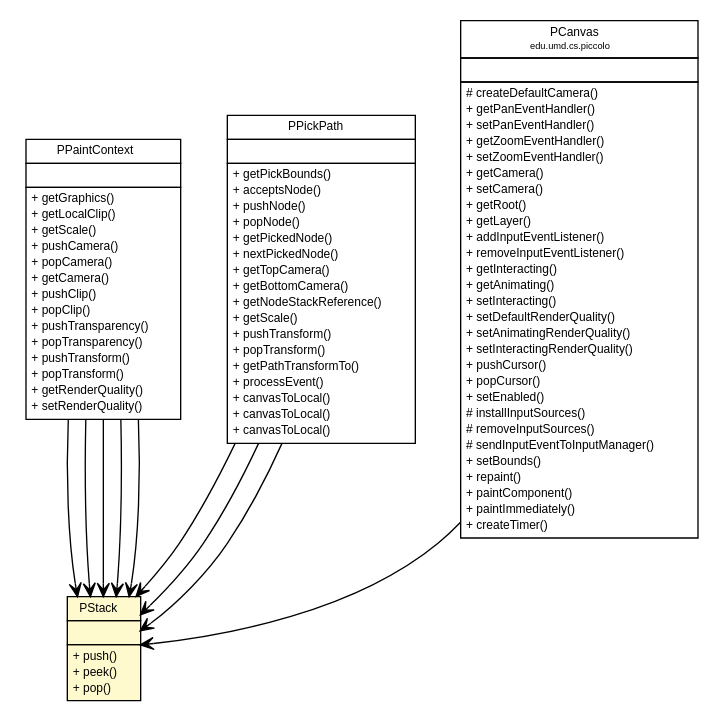
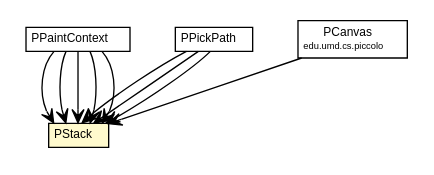
Before and after one commit to google-code-export/piccolo2d: the diagram in site/piccolo2d.java/release-1.3-SNAPSHOT/piccolo2d-core/apidocs/edu/umd/cs/piccolo/util/PStack.dot, drawn with Graphviz. The commit also changed 897 other files, not shown here.

```diff
--- a/site/piccolo2d.java/release-1.3-SNAPSHOT/piccolo2d-core/apidocs/edu/umd/cs/piccolo/util/PStack.dot
+++ b/site/piccolo2d.java/release-1.3-SNAPSHOT/piccolo2d-core/apidocs/edu/umd/cs/piccolo/util/PStack.dot
@@ -1,135 +1,53 @@
 #!/usr/local/bin/dot
 #
 # Class diagram 
 # Generated by UmlGraph version 4.6 (http://www.spinellis.gr/sw/umlgraph)
 #
 
 digraph G {
 	edge [fontname="Helvetica",fontsize=10,labelfontname="Helvetica",labelfontsize=10];
 	node [fontname="Helvetica",fontsize=10,shape=plaintext];
 	// edu.umd.cs.piccolo.util.PStack
 	c193 [label=<<table border="0" cellborder="1" cellspacing="0" cellpadding="2" port="p" bgcolor="lemonChiffon" href="./PStack.html">
 		<tr><td><table border="0" cellspacing="0" cellpadding="1">
 			<tr><td> PStack </td></tr>
 		</table></td></tr>
-		<tr><td><table border="0" cellspacing="0" cellpadding="1">
-			<tr><td align="left">  </td></tr>
-		</table></td></tr>
-		<tr><td><table border="0" cellspacing="0" cellpadding="1">
-			<tr><td align="left"> + push() </td></tr>
-			<tr><td align="left"> + peek() </td></tr>
-			<tr><td align="left"> + pop() </td></tr>
-		</table></td></tr>
 		</table>>, fontname="Helvetica", fontcolor="black", fontsize=9.0];
 	// edu.umd.cs.piccolo.util.PPaintContext
 	c204 [label=<<table border="0" cellborder="1" cellspacing="0" cellpadding="2" port="p" href="./PPaintContext.html">
 		<tr><td><table border="0" cellspacing="0" cellpadding="1">
 			<tr><td> PPaintContext </td></tr>
-		</table></td></tr>
-		<tr><td><table border="0" cellspacing="0" cellpadding="1">
-			<tr><td align="left">  </td></tr>
-		</table></td></tr>
-		<tr><td><table border="0" cellspacing="0" cellpadding="1">
-			<tr><td align="left"> + getGraphics() </td></tr>
-			<tr><td align="left"> + getLocalClip() </td></tr>
-			<tr><td align="left"> + getScale() </td></tr>
-			<tr><td align="left"> + pushCamera() </td></tr>
-			<tr><td align="left"> + popCamera() </td></tr>
-			<tr><td align="left"> + getCamera() </td></tr>
-			<tr><td align="left"> + pushClip() </td></tr>
-			<tr><td align="left"> + popClip() </td></tr>
-			<tr><td align="left"> + pushTransparency() </td></tr>
-			<tr><td align="left"> + popTransparency() </td></tr>
-			<tr><td align="left"> + pushTransform() </td></tr>
-			<tr><td align="left"> + popTransform() </td></tr>
-			<tr><td align="left"> + getRenderQuality() </td></tr>
-			<tr><td align="left"> + setRenderQuality() </td></tr>
 		</table></td></tr>
 		</table>>, fontname="Helvetica", fontcolor="black", fontsize=9.0];
 	// edu.umd.cs.piccolo.util.PPickPath
 	c221 [label=<<table border="0" cellborder="1" cellspacing="0" cellpadding="2" port="p" href="./PPickPath.html">
 		<tr><td><table border="0" cellspacing="0" cellpadding="1">
 			<tr><td> PPickPath </td></tr>
 		</table></td></tr>
-		<tr><td><table border="0" cellspacing="0" cellpadding="1">
-			<tr><td align="left">  </td></tr>
-		</table></td></tr>
-		<tr><td><table border="0" cellspacing="0" cellpadding="1">
-			<tr><td align="left"> + getPickBounds() </td></tr>
-			<tr><td align="left"> + acceptsNode() </td></tr>
-			<tr><td align="left"> + pushNode() </td></tr>
-			<tr><td align="left"> + popNode() </td></tr>
-			<tr><td align="left"> + getPickedNode() </td></tr>
-			<tr><td align="left"> + nextPickedNode() </td></tr>
-			<tr><td align="left"> + getTopCamera() </td></tr>
-			<tr><td align="left"> + getBottomCamera() </td></tr>
-			<tr><td align="left"> + getNodeStackReference() </td></tr>
-			<tr><td align="left"> + getScale() </td></tr>
-			<tr><td align="left"> + pushTransform() </td></tr>
-			<tr><td align="left"> + popTransform() </td></tr>
-			<tr><td align="left"> + getPathTransformTo() </td></tr>
-			<tr><td align="left"> + processEvent() </td></tr>
-			<tr><td align="left"> + canvasToLocal() </td></tr>
-			<tr><td align="left"> + canvasToLocal() </td></tr>
-			<tr><td align="left"> + canvasToLocal() </td></tr>
-		</table></td></tr>
 		</table>>, fontname="Helvetica", fontcolor="black", fontsize=9.0];
 	// edu.umd.cs.piccolo.PCanvas
 	c279 [label=<<table border="0" cellborder="1" cellspacing="0" cellpadding="2" port="p" href="../PCanvas.html">
 		<tr><td><table border="0" cellspacing="0" cellpadding="1">
 			<tr><td> PCanvas </td></tr>
 			<tr><td><font point-size="7.0"> edu.umd.cs.piccolo </font></td></tr>
-		</table></td></tr>
-		<tr><td><table border="0" cellspacing="0" cellpadding="1">
-			<tr><td align="left">  </td></tr>
-		</table></td></tr>
-		<tr><td><table border="0" cellspacing="0" cellpadding="1">
-			<tr><td align="left"> # createDefaultCamera() </td></tr>
-			<tr><td align="left"> + getPanEventHandler() </td></tr>
-			<tr><td align="left"> + setPanEventHandler() </td></tr>
-			<tr><td align="left"> + getZoomEventHandler() </td></tr>
-			<tr><td align="left"> + setZoomEventHandler() </td></tr>
-			<tr><td align="left"> + getCamera() </td></tr>
-			<tr><td align="left"> + setCamera() </td></tr>
-			<tr><td align="left"> + getRoot() </td></tr>
-			<tr><td align="left"> + getLayer() </td></tr>
-			<tr><td align="left"> + addInputEventListener() </td></tr>
-			<tr><td align="left"> + removeInputEventListener() </td></tr>
-			<tr><td align="left"> + getInteracting() </td></tr>
-			<tr><td align="left"> + getAnimating() </td></tr>
-			<tr><td align="left"> + setInteracting() </td></tr>
-			<tr><td align="left"> + setDefaultRenderQuality() </td></tr>
-			<tr><td align="left"> + setAnimatingRenderQuality() </td></tr>
-			<tr><td align="left"> + setInteractingRenderQuality() </td></tr>
-			<tr><td align="left"> + pushCursor() </td></tr>
-			<tr><td align="left"> + popCursor() </td></tr>
-			<tr><td align="left"> + setEnabled() </td></tr>
-			<tr><td align="left"> # installInputSources() </td></tr>
-			<tr><td align="left"> # removeInputSources() </td></tr>
-			<tr><td align="left"> # sendInputEventToInputManager() </td></tr>
-			<tr><td align="left"> + setBounds() </td></tr>
-			<tr><td align="left"> + repaint() </td></tr>
-			<tr><td align="left"> + paintComponent() </td></tr>
-			<tr><td align="left"> + paintImmediately() </td></tr>
-			<tr><td align="left"> + createTimer() </td></tr>
 		</table></td></tr>
 		</table>>, fontname="Helvetica", fontcolor="black", fontsize=9.0];
 	// edu.umd.cs.piccolo.util.PPaintContext NAVASSOC edu.umd.cs.piccolo.util.PStack
 	c204:p -> c193:p [taillabel="", label="", headlabel="", fontname="Helvetica", fontcolor="black", fontsize=10.0, color="black", arrowhead=open];
 	// edu.umd.cs.piccolo.util.PPaintContext NAVASSOC edu.umd.cs.piccolo.util.PStack
 	c204:p -> c193:p [taillabel="", label="", headlabel="", fontname="Helvetica", fontcolor="black", fontsize=10.0, color="black", arrowhead=open];
 	// edu.umd.cs.piccolo.util.PPaintContext NAVASSOC edu.umd.cs.piccolo.util.PStack
 	c204:p -> c193:p [taillabel="", label="", headlabel="", fontname="Helvetica", fontcolor="black", fontsize=10.0, color="black", arrowhead=open];
 	// edu.umd.cs.piccolo.util.PPaintContext NAVASSOC edu.umd.cs.piccolo.util.PStack
 	c204:p -> c193:p [taillabel="", label="", headlabel="", fontname="Helvetica", fontcolor="black", fontsize=10.0, color="black", arrowhead=open];
 	// edu.umd.cs.piccolo.util.PPaintContext NAVASSOC edu.umd.cs.piccolo.util.PStack
 	c204:p -> c193:p [taillabel="", label="", headlabel="", fontname="Helvetica", fontcolor="black", fontsize=10.0, color="black", arrowhead=open];
 	// edu.umd.cs.piccolo.util.PPickPath NAVASSOC edu.umd.cs.piccolo.util.PStack
 	c221:p -> c193:p [taillabel="", label="", headlabel="", fontname="Helvetica", fontcolor="black", fontsize=10.0, color="black", arrowhead=open];
 	// edu.umd.cs.piccolo.util.PPickPath NAVASSOC edu.umd.cs.piccolo.util.PStack
 	c221:p -> c193:p [taillabel="", label="", headlabel="", fontname="Helvetica", fontcolor="black", fontsize=10.0, color="black", arrowhead=open];
 	// edu.umd.cs.piccolo.util.PPickPath NAVASSOC edu.umd.cs.piccolo.util.PStack
 	c221:p -> c193:p [taillabel="", label="", headlabel="", fontname="Helvetica", fontcolor="black", fontsize=10.0, color="black", arrowhead=open];
 	// edu.umd.cs.piccolo.PCanvas NAVASSOC edu.umd.cs.piccolo.util.PStack
 	c279:p -> c193:p [taillabel="", label="", headlabel="", fontname="Helvetica", fontcolor="black", fontsize=10.0, color="black", arrowhead=open];
 }
```
